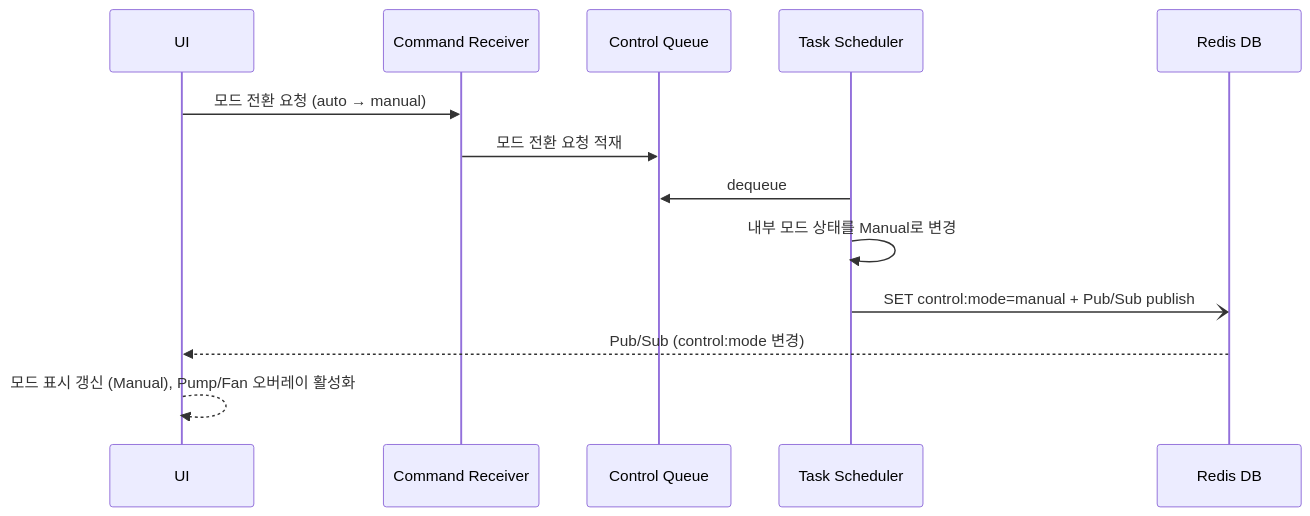
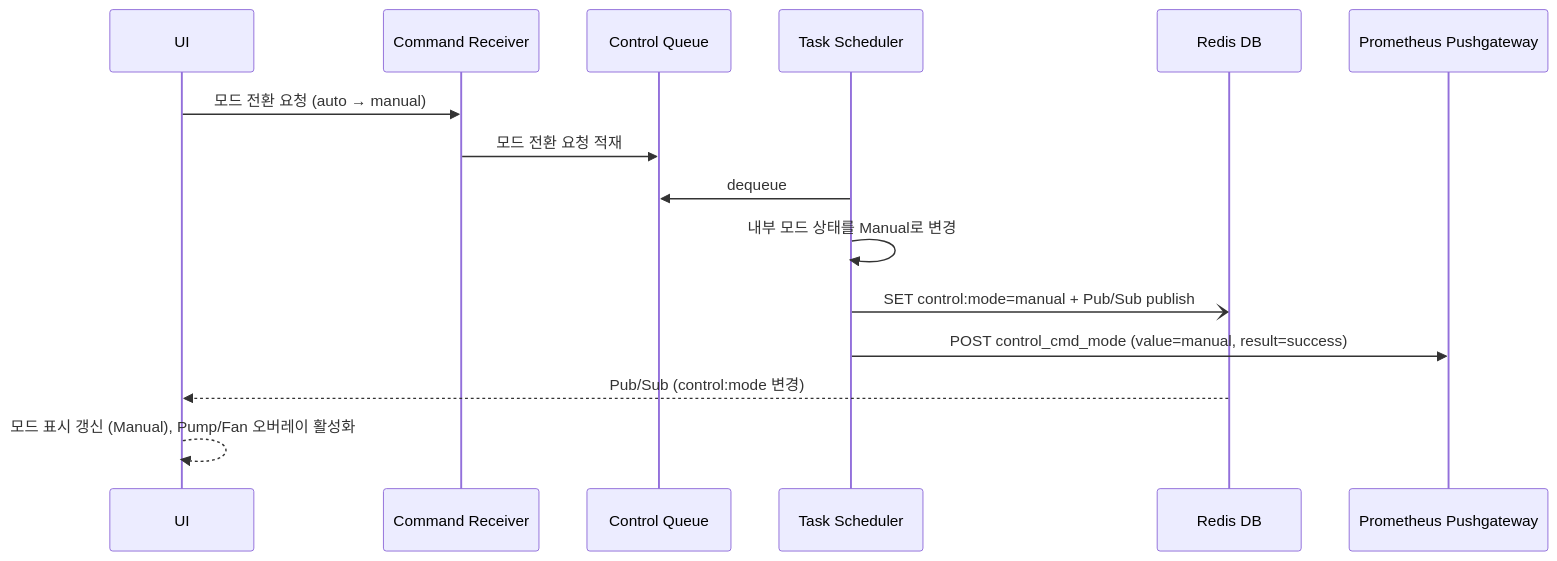
One commit to DEEPGadget/L2A_CDU_system changed the seventh of 7 diagrams in docs/MCG.md. Above: the diagram before and after it, drawn with Mermaid. The commit also changed other lines of this file and 2 other files, not shown here.

````diff
--- a/docs/MCG.md
+++ b/docs/MCG.md
@@ -466,16 +466,18 @@
 ```mermaid
 sequenceDiagram
     participant UI as UI
     participant CR as Command Receiver
     participant CQ as Control Queue
     participant TS as Task Scheduler
     participant Redis as Redis DB
+    participant PGW as Prometheus Pushgateway
 
     UI->>CR: 모드 전환 요청 (auto → manual)
     CR->>CQ: 모드 전환 요청 적재
     TS->>CQ: dequeue
     TS->>TS: 내부 모드 상태를 Manual로 변경
     TS-)Redis: SET control:mode=manual + Pub/Sub publish
+    TS->>PGW: POST control_cmd_mode (value=manual, result=success)
     Redis-->>UI: Pub/Sub (control:mode 변경)
     UI-->>UI: 모드 표시 갱신 (Manual), Pump/Fan 오버레이 활성화
 ```
````
